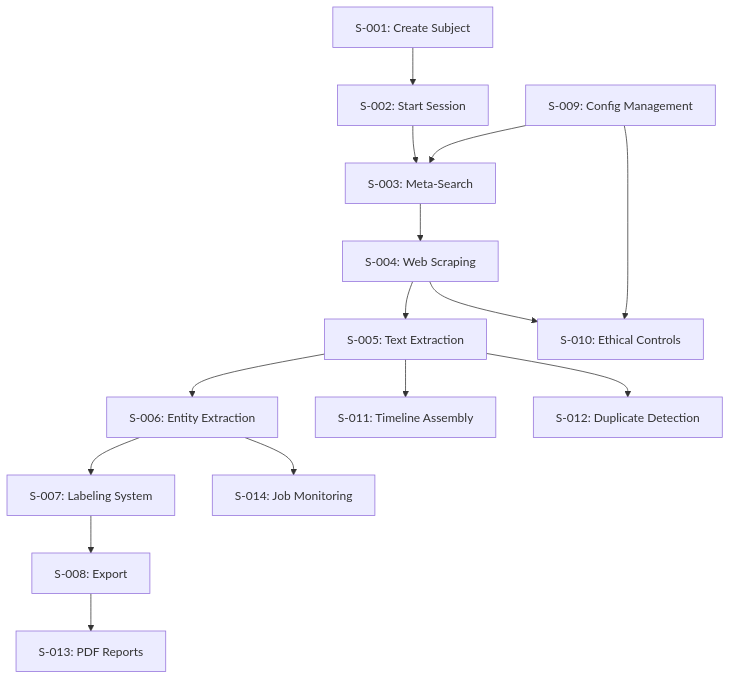
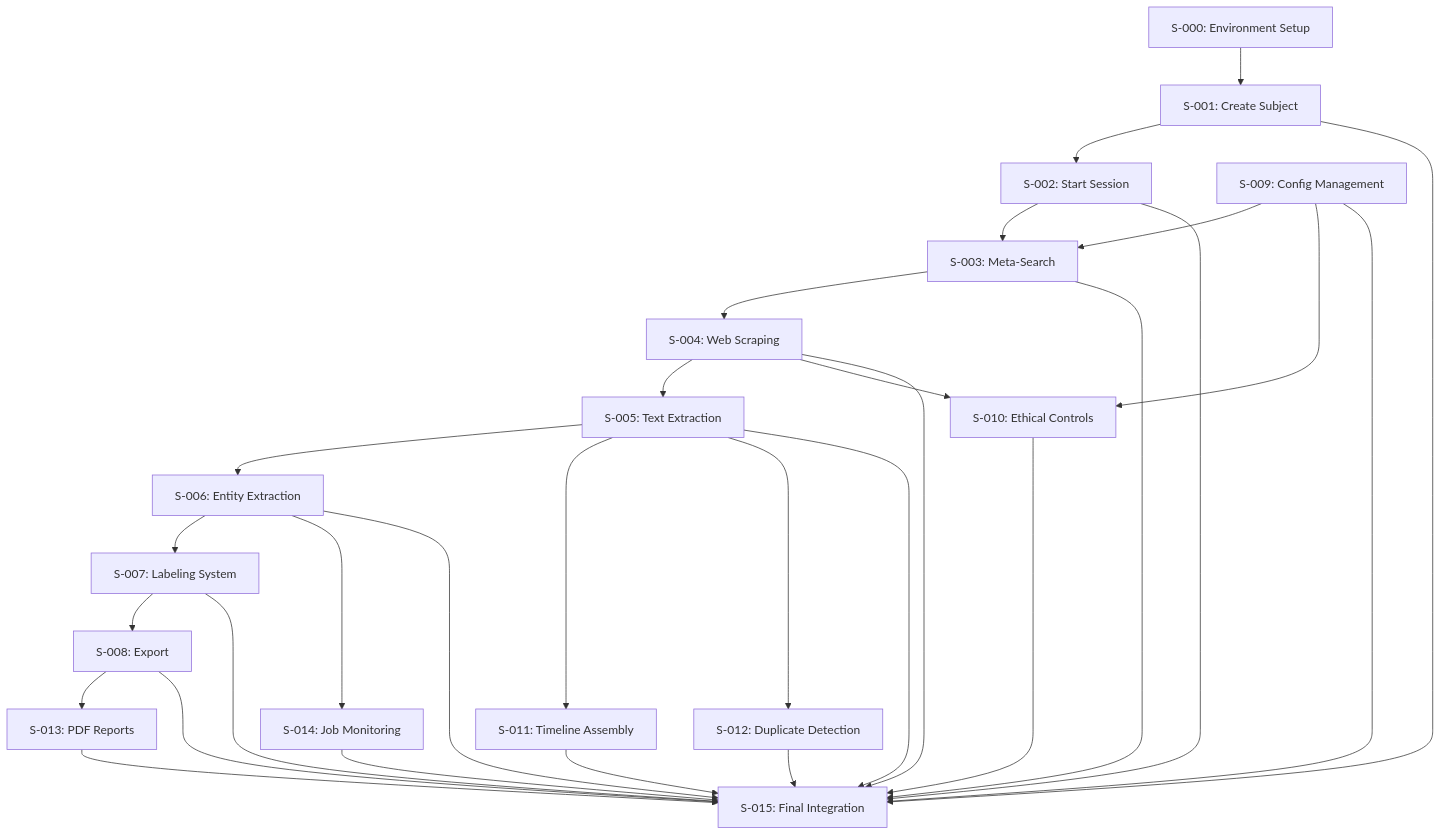
One commit to nestorwheelock/osint-AI-framework changed the diagram in planning/backlog.md. Above: the diagram before and after it, drawn with Mermaid. The commit also changed other lines of this file and 23 other files, not shown here.

First line of the commit message:
Fix foundation architecture: Correct FastAPI to Django framework

````diff
--- a/planning/backlog.md
+++ b/planning/backlog.md
@@ -73,17 +85,32 @@
 ```mermaid
 graph TD
-    S001[S-001: Create Subject] --> S002[S-002: Start Session]
+    S000[S-000: Environment Setup] --> S001[S-001: Create Subject]
+    S001 --> S002[S-002: Start Session]
     S002 --> S003[S-003: Meta-Search]
     S003 --> S004[S-004: Web Scraping]
     S004 --> S005[S-005: Text Extraction]
     S005 --> S006[S-006: Entity Extraction]
     S006 --> S007[S-007: Labeling System]
     S007 --> S008[S-008: Export]
     S009[S-009: Config Management] --> S003
     S009 --> S010[S-010: Ethical Controls]
     S004 --> S010
     S005 --> S011[S-011: Timeline Assembly]
     S005 --> S012[S-012: Duplicate Detection]
     S008 --> S013[S-013: PDF Reports]
     S006 --> S014[S-014: Job Monitoring]
+    S001 --> S015[S-015: Final Integration]
+    S002 --> S015
+    S003 --> S015
+    S004 --> S015
+    S005 --> S015
+    S006 --> S015
+    S007 --> S015
+    S008 --> S015
+    S009 --> S015
+    S010 --> S015
+    S011 --> S015
+    S012 --> S015
+    S013 --> S015
+    S014 --> S015
 ```
````
